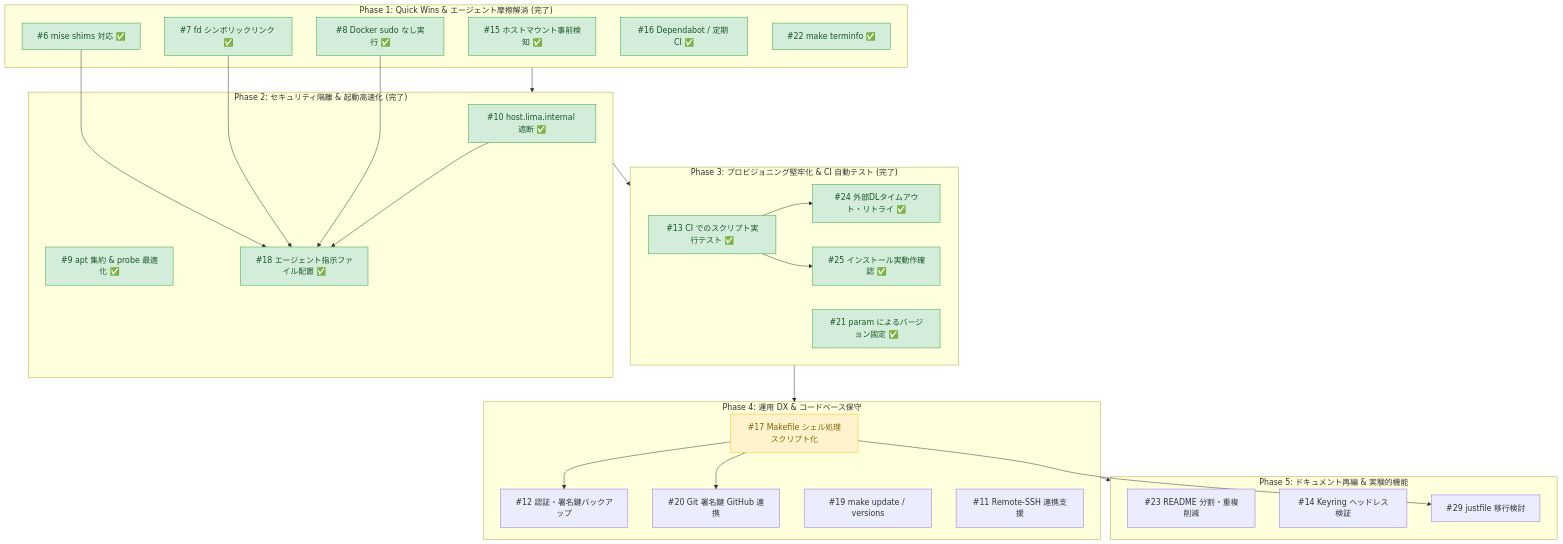
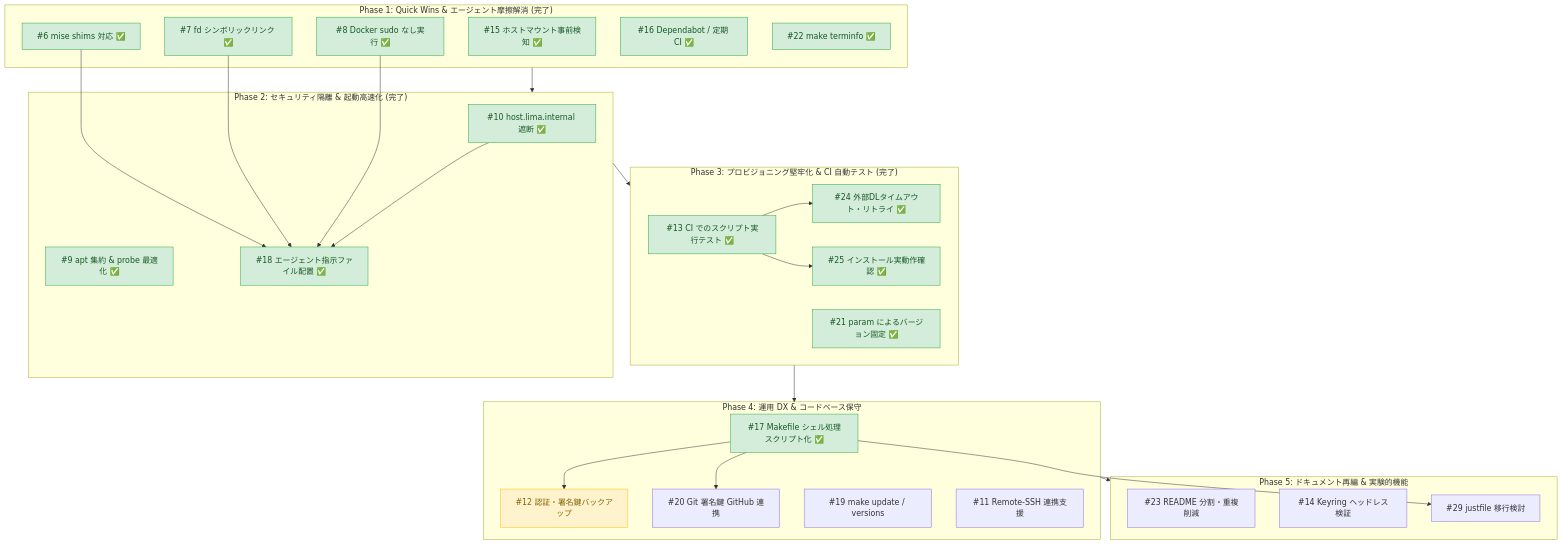
One commit to ikuy1203/lima-coding-sandbox changed the diagram in docs/issue-prioritization.md. Above: the diagram before and after it, drawn with Mermaid. The commit also changed other lines of this file and 13 other files, not shown here.

````diff
--- a/docs/issue-prioritization.md
+++ b/docs/issue-prioritization.md
@@ -94,57 +92,57 @@
 ```mermaid
 flowchart TD
     subgraph Phase1["Phase 1: Quick Wins & エージェント摩擦解消 (完了)"]
         I15["#15 ホストマウント事前検知 ✅"]
         I7["#7 fd シンボリックリンク ✅"]
         I8["#8 Docker sudo なし実行 ✅"]
         I6["#6 mise shims 対応 ✅"]
         I16["#16 Dependabot / 定期 CI ✅"]
         I22["#22 make terminfo ✅"]
     end
 
     subgraph Phase2["Phase 2: セキュリティ隔離 & 起動高速化 (完了)"]
         I10["#10 host.lima.internal 遮断 ✅"]
         I9["#9 apt 集約 & probe 最適化 ✅"]
         I18["#18 エージェント指示ファイル配置 ✅"]
     end
 
     subgraph Phase3["Phase 3: プロビジョニング堅牢化 & CI 自動テスト (完了)"]
         I13["#13 CI でのスクリプト実行テスト ✅"]
         I24["#24 外部DLタイムアウト・リトライ ✅"]
         I25["#25 インストール実動作確認 ✅"]
         I21["#21 param によるバージョン固定 ✅"]
     end
 
     subgraph Phase4["Phase 4: 運用 DX & コードベース保守"]
-        I17["#17 Makefile シェル処理スクリプト化"]
+        I17["#17 Makefile シェル処理スクリプト化 ✅"]
         I12["#12 認証・署名鍵バックアップ"]
         I20["#20 Git 署名鍵 GitHub 連携"]
         I19["#19 make update / versions"]
         I11["#11 Remote-SSH 連携支援"]
     end
 
     subgraph Phase5["Phase 5: ドキュメント再編 & 実験的機能"]
         I23["#23 README 分割・重複削減"]
         I14["#14 Keyring ヘッドレス検証"]
         I29["#29 justfile 移行検討"]
     end
 
     Phase1 --> Phase2
     Phase2 --> Phase3
     Phase3 --> Phase4
     Phase4 --> Phase5
     I6 --> I18
     I7 --> I18
     I8 --> I18
     I10 --> I18
     I13 --> I24
     I13 --> I25
     I17 --> I12
     I17 --> I20
     I17 --> I29
 
     classDef done fill:#d4edda,stroke:#28a745,color:#155724
     classDef next fill:#fff3cd,stroke:#ffc107,color:#856404
-    class I15,I7,I8,I6,I16,I22,I10,I9,I18,I13,I24,I25,I21 done
-    class I17 next
+    class I15,I7,I8,I6,I16,I22,I10,I9,I18,I13,I24,I25,I21,I17 done
+    class I12 next
 ```
````
